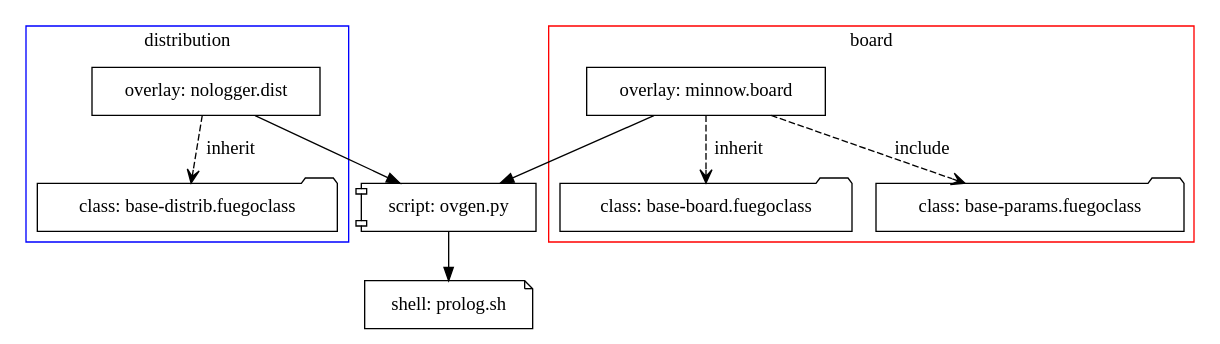
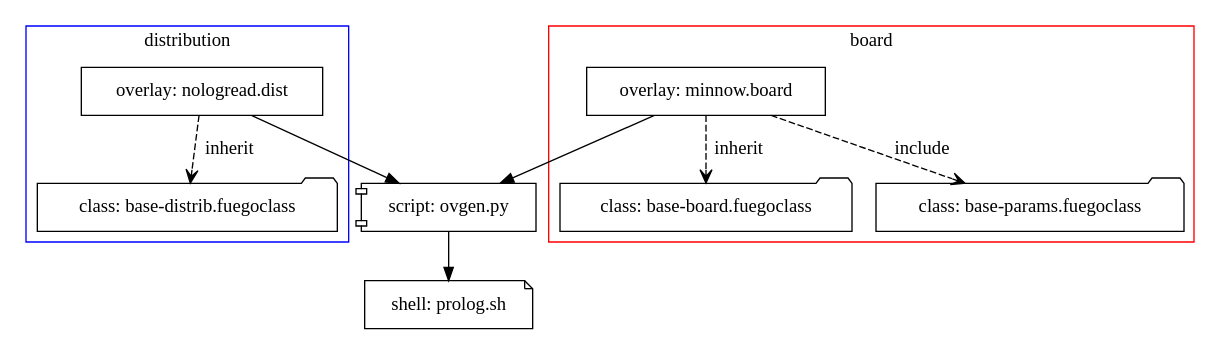
Before and after one commit to vh21/fuego: the diagram in docs/source/overlays_toplevel.dot, drawn with Graphviz. The commit also changed 4 other files, not shown here.

First line of the commit message:
nologger: change to nologread

```diff
--- a/docs/source/overlays_toplevel.dot
+++ b/docs/source/overlays_toplevel.dot
@@ -1,37 +1,37 @@
 digraph OVT {
         graph[
               rank=same
               ]
 
         	subgraph cluster_1 {
                         basedist [shape=folder, label="class: base-distrib.fuegoclass"];
-                        nologger [shape=rectangle, label="overlay: nologger.dist"];
+                        nologread [shape=rectangle, label="overlay: nologread.dist"];
                         edge [label="inherit", style="dashed", arrowhead="vee"]
-                        nologger -> basedist
+                        nologread -> basedist
 		        label = "distribution";
 		        color=blue
 	}
 
               subgraph cluster_2 {
               baseboard [shape=folder, label="class: base-board.fuegoclass"]
               baseparams [shape=folder, label="class: base-params.fuegoclass"]
               minnow [shape=rectangle, label="overlay: minnow.board"]
               label = "board";
 	      color = red;
 
               edge [label="inherit", style="dashed", arrowhead="vee"]
               minnow -> baseboard
               edge [label="include"]
               minnow -> baseparams
               }
 
               minnow -> ovgen
-              nologger -> ovgen
+              nologread -> ovgen
               
               ovgen -> prolog
 
               prolog [shape=note, label="shell: prolog.sh"]
               ovgen [shape=component, label="script: ovgen.py"]
               
 
 }
```
